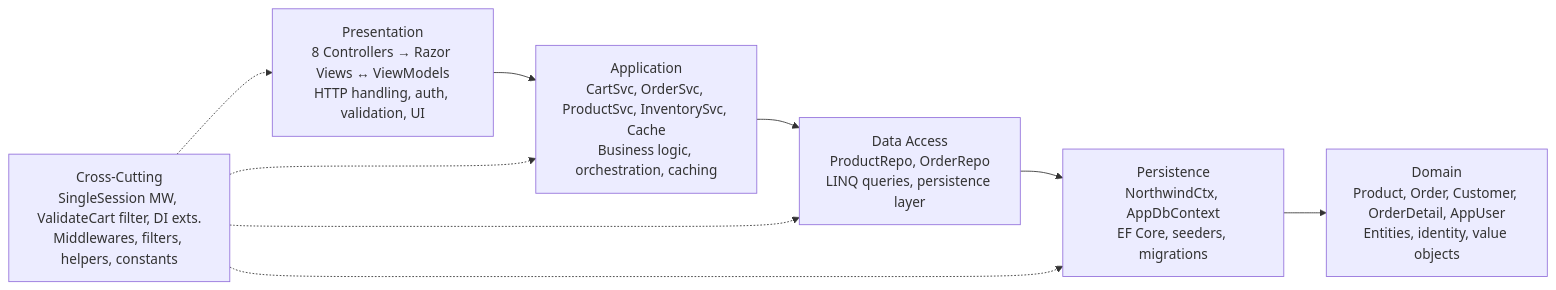
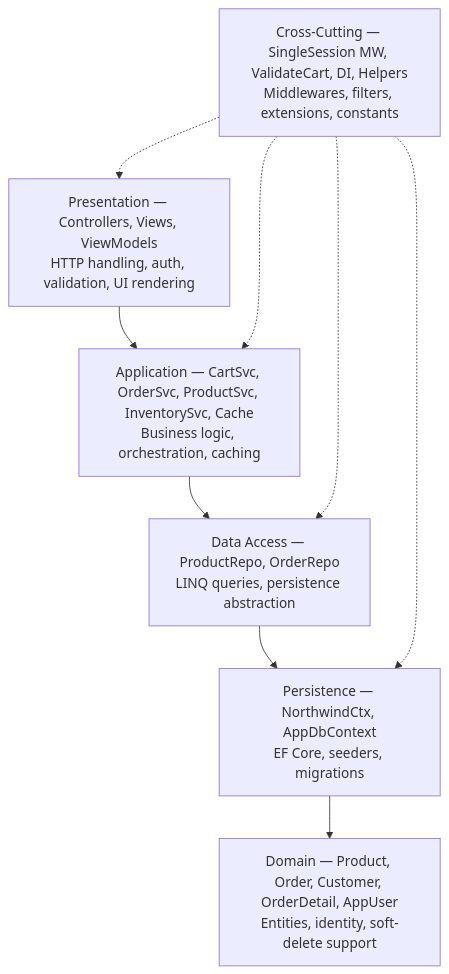
Before and after one commit to jeffersonmejia/north-taks1-p3: the diagram in README.md, drawn with Mermaid.

Commit message:
docs: restructure as vertical layered architecture diagram

````diff
--- a/README.md
+++ b/README.md
@@ -45,15 +45,15 @@
 ```mermaid
-graph LR
-  P["Presentation<br/>8 Controllers → Razor Views ↔ ViewModels<br/>HTTP handling, auth, validation, UI"]
-  App["Application<br/>CartSvc, OrderSvc, ProductSvc, InventorySvc, Cache<br/>Business logic, orchestration, caching"]
-  DAL["Data Access<br/>ProductRepo, OrderRepo<br/>LINQ queries, persistence layer"]
-  Per["Persistence<br/>NorthwindCtx, AppDbContext<br/>EF Core, seeders, migrations"]
-  Dom["Domain<br/>Product, Order, Customer, OrderDetail, AppUser<br/>Entities, identity, value objects"]
-  XCut["Cross-Cutting<br/>SingleSession MW, ValidateCart filter, DI exts.<br/>Middlewares, filters, helpers, constants"]
+graph TB
+  P["Presentation — Controllers, Views, ViewModels<br/>HTTP handling, auth, validation, UI rendering"]
+  App["Application — CartSvc, OrderSvc, ProductSvc, InventorySvc, Cache<br/>Business logic, orchestration, caching"]
+  DAL["Data Access — ProductRepo, OrderRepo<br/>LINQ queries, persistence abstraction"]
+  Per["Persistence — NorthwindCtx, AppDbContext<br/>EF Core, seeders, migrations"]
+  Dom["Domain — Product, Order, Customer, OrderDetail, AppUser<br/>Entities, identity, soft-delete support"]
+  XCut["Cross-Cutting — SingleSession MW, ValidateCart, DI, Helpers<br/>Middlewares, filters, extensions, constants"]
 
   P --> App --> DAL --> Per --> Dom
   XCut -.-> P
   XCut -.-> App
   XCut -.-> DAL
   XCut -.-> Per
 ```
````
